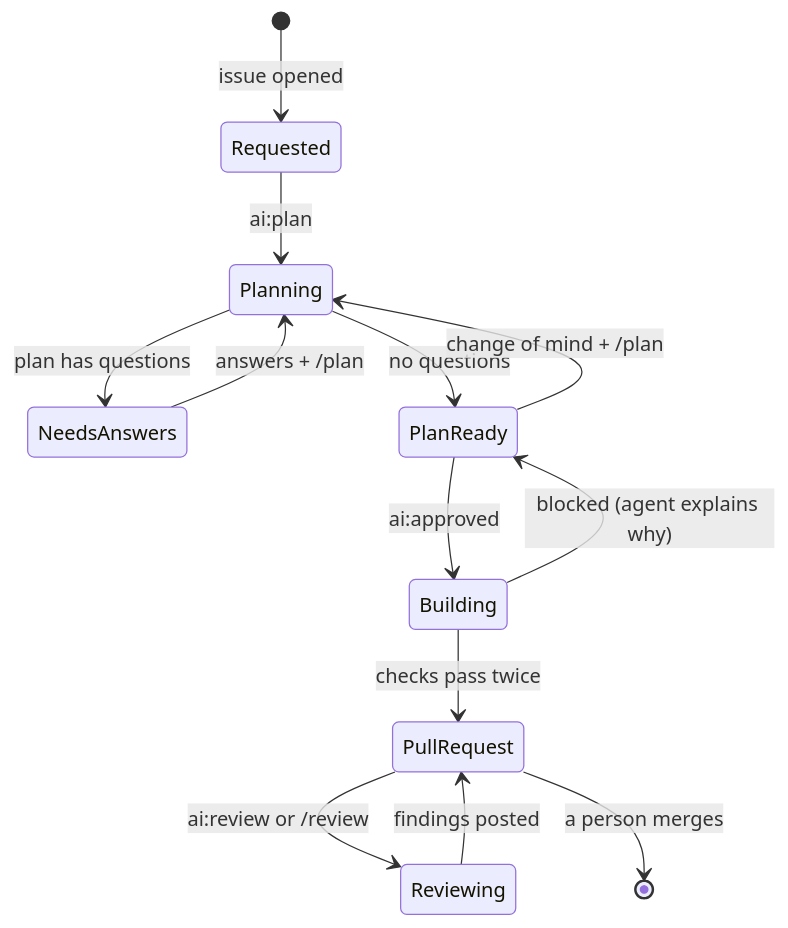
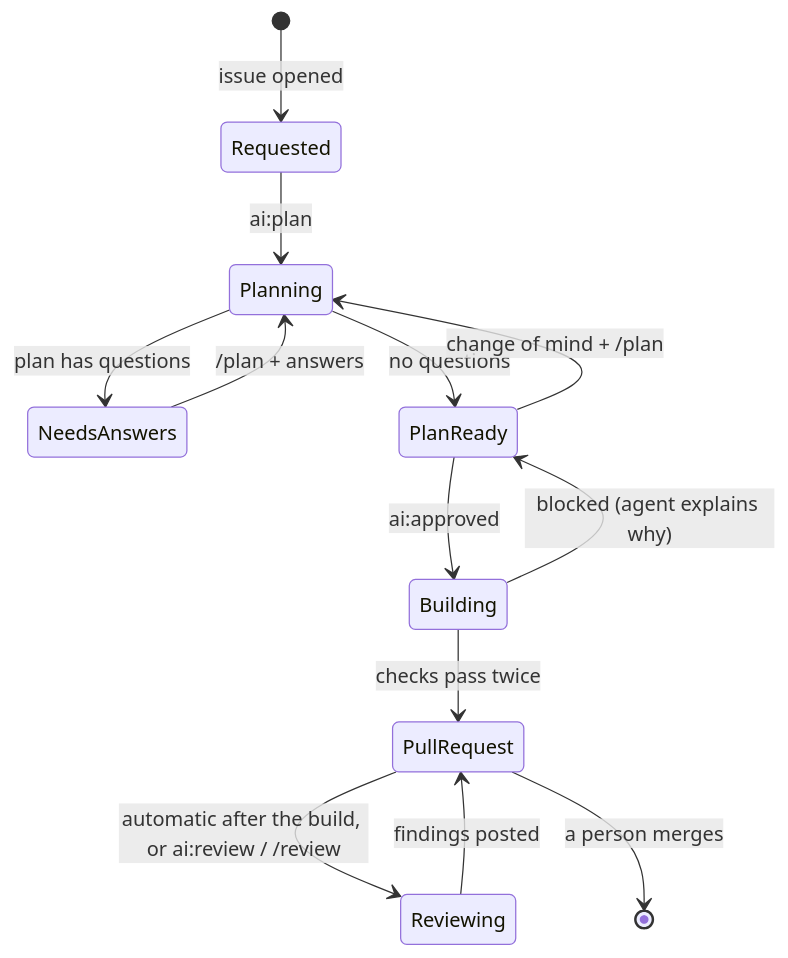
One commit to jmcfadden27/claude-code-dev-pipeline changed the first of 3 diagrams in docs/architecture.md. Above: the diagram before and after it, drawn with Mermaid. The commit also changed other lines of this file and 19 other files, not shown here.

Commit message:
feat(pipeline): run the review automatically after the build

````diff
--- a/docs/architecture.md
+++ b/docs/architecture.md
@@ -27,15 +59,15 @@
 ```mermaid
 stateDiagram-v2
     [*] --> Requested: issue opened
     Requested --> Planning: ai:plan
     Planning --> NeedsAnswers: plan has questions
-    NeedsAnswers --> Planning: answers + /plan
+    NeedsAnswers --> Planning: /plan + answers
     Planning --> PlanReady: no questions
     PlanReady --> Planning: change of mind + /plan
     PlanReady --> Building: ai:approved
     Building --> PlanReady: blocked (agent explains why)
     Building --> PullRequest: checks pass twice
-    PullRequest --> Reviewing: ai:review or /review
+    PullRequest --> Reviewing: automatic after the build, or ai:review / /review
     Reviewing --> PullRequest: findings posted
     PullRequest --> [*]: a person merges
 ```
````
